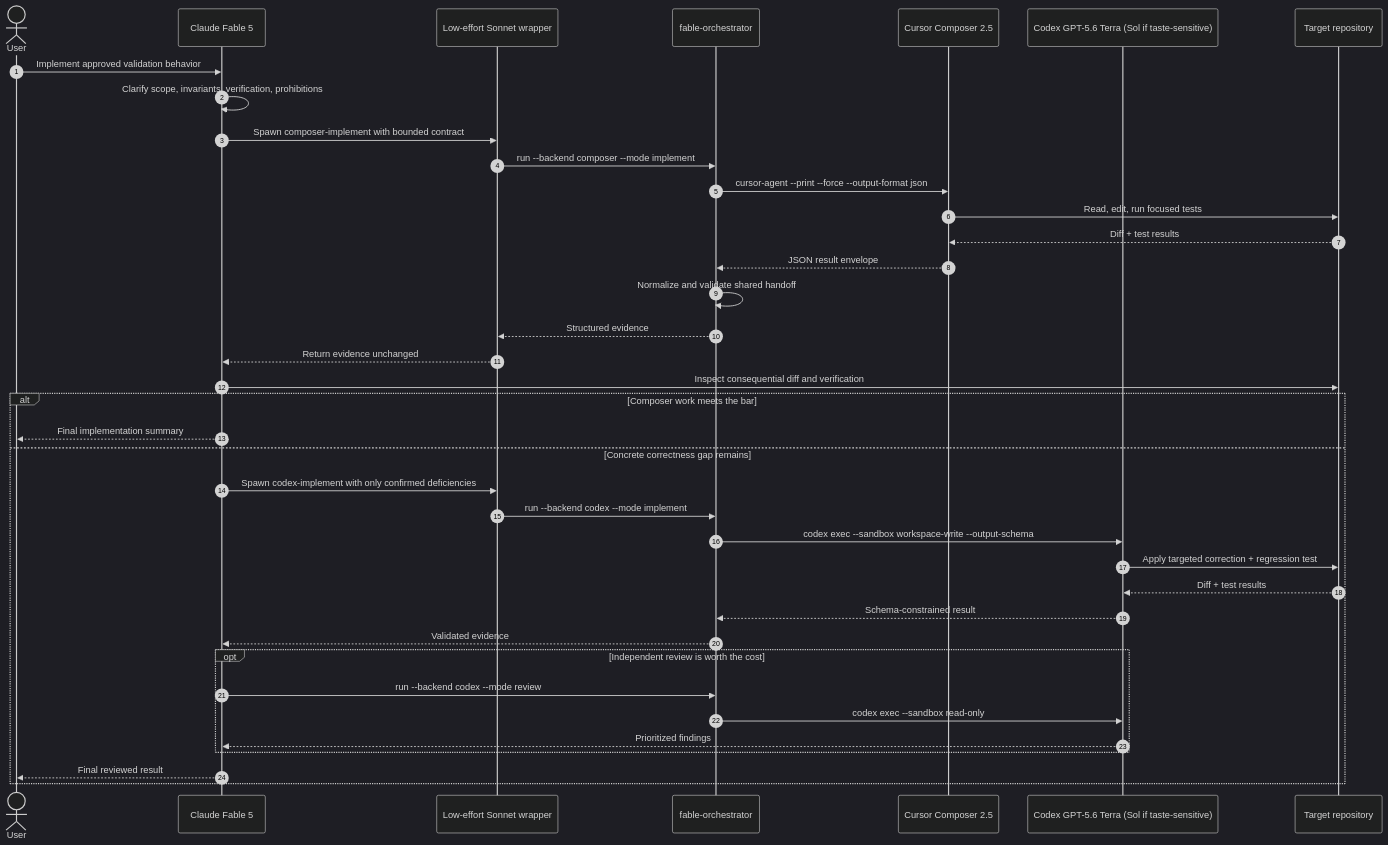
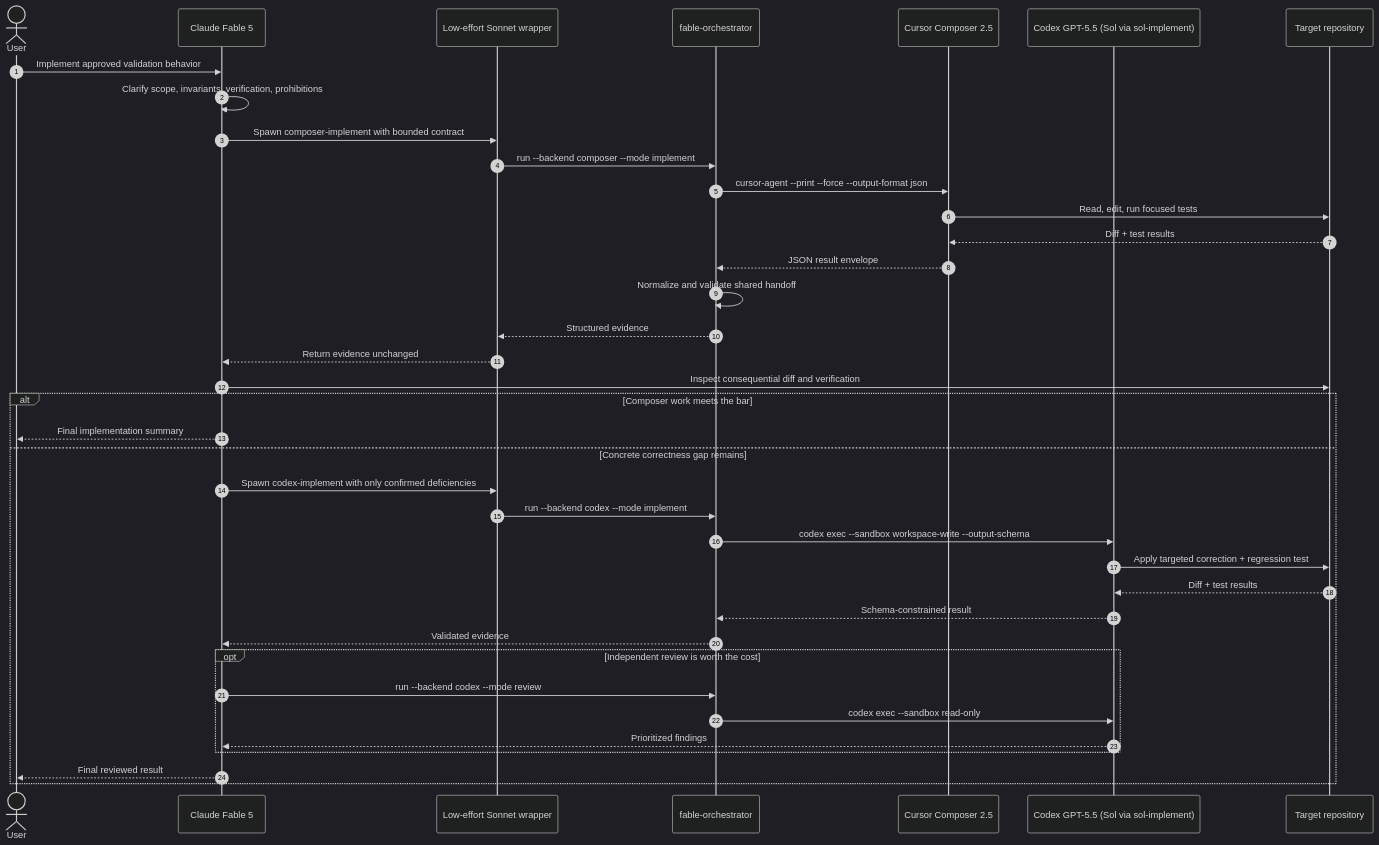
One commit to andysolomon/arc-orchestrator changed the fourth of 4 diagrams in docs/diagrams/mermaid.md. Above: the diagram before and after it, drawn with Mermaid (dark theme). The commit also changed other lines of this file and 79 other files, not shown here.

````diff
--- a/docs/diagrams/mermaid.md
+++ b/docs/diagrams/mermaid.md
@@ -93,42 +93,42 @@
 ```mermaid
 sequenceDiagram
     autonumber
     actor User
     participant Fable as Claude Fable 5
     participant Wrapper as Low-effort Sonnet wrapper
     participant Runner as fable-orchestrator
     participant Composer as Cursor Composer 2.5
-    participant Codex as Codex GPT-5.6 Terra (Sol if taste-sensitive)
+    participant Codex as Codex GPT-5.5 (Sol via sol-implement)
     participant Repo as Target repository
 
     User->>Fable: Implement approved validation behavior
     Fable->>Fable: Clarify scope, invariants, verification, prohibitions
     Fable->>Wrapper: Spawn composer-implement with bounded contract
     Wrapper->>Runner: run --backend composer --mode implement
     Runner->>Composer: cursor-agent --print --force --output-format json
     Composer->>Repo: Read, edit, run focused tests
     Repo-->>Composer: Diff + test results
     Composer-->>Runner: JSON result envelope
     Runner->>Runner: Normalize and validate shared handoff
     Runner-->>Wrapper: Structured evidence
     Wrapper-->>Fable: Return evidence unchanged
     Fable->>Repo: Inspect consequential diff and verification
 
     alt Composer work meets the bar
         Fable-->>User: Final implementation summary
     else Concrete correctness gap remains
         Fable->>Wrapper: Spawn codex-implement with only confirmed deficiencies
         Wrapper->>Runner: run --backend codex --mode implement
         Runner->>Codex: codex exec --sandbox workspace-write --output-schema
         Codex->>Repo: Apply targeted correction + regression test
         Repo-->>Codex: Diff + test results
         Codex-->>Runner: Schema-constrained result
         Runner-->>Fable: Validated evidence
         opt Independent review is worth the cost
             Fable->>Runner: run --backend codex --mode review
             Runner->>Codex: codex exec --sandbox read-only
             Codex-->>Fable: Prioritized findings
         end
         Fable-->>User: Final reviewed result
     end
 ```
````
